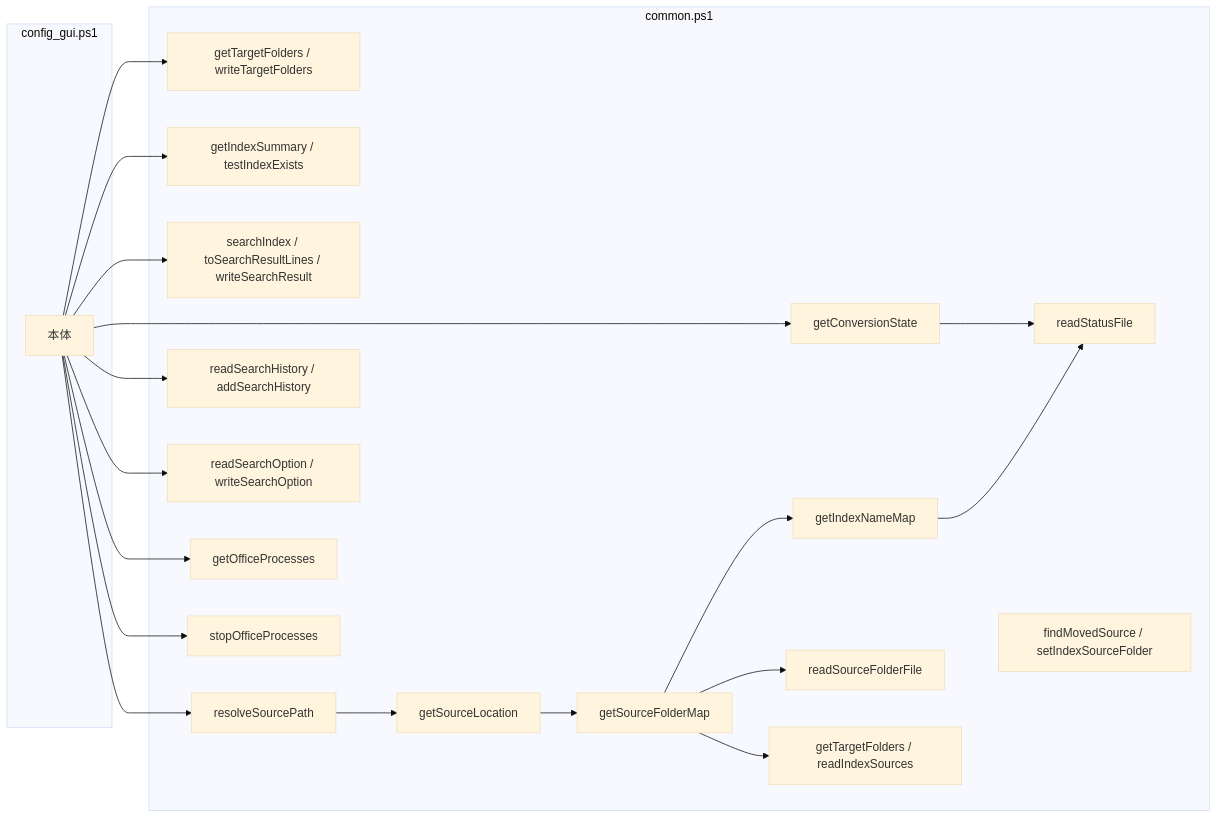
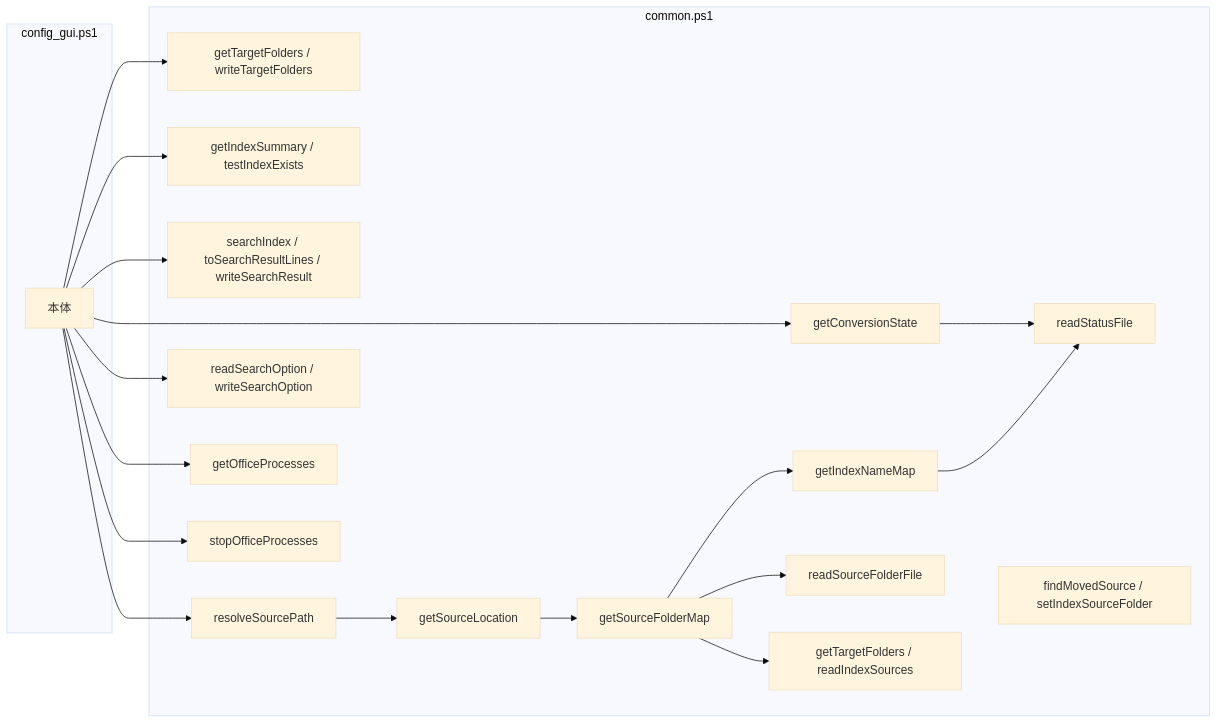
Before and after one commit to hsgwa/tebunko: the second of 2 diagrams in docs/00_共通_2_共通モジュール.md, drawn with Mermaid (base theme). The commit also changed other lines of this file and 27 other files, not shown here.

````diff
--- a/docs/00_共通_2_共通モジュール.md
+++ b/docs/00_共通_2_共通モジュール.md
@@ -131,22 +138,21 @@
 ```mermaid
 flowchart LR
     subgraph GUI["config_gui.ps1"]
         G["本体"]
     end
     subgraph CMS["common.ps1"]
         TF["getTargetFolders / writeTargetFolders"]
         CS["getConversionState"] --> RSF["readStatusFile"]
         SUM["getIndexSummary / testIndexExists"]
         SI["searchIndex / toSearchResultLines / writeSearchResult"]
         RSP["resolveSourcePath"] --> SL["getSourceLocation"] --> SFM["getSourceFolderMap"] --> INM["getIndexNameMap"] --> RSF
         SFM --> RSFF["readSourceFolderFile"]
         SFM --> TGT["getTargetFolders / readIndexSources"]
         RPL["findMovedSource / setIndexSourceFolder"]
-        HIS["readSearchHistory / addSearchHistory"]
         OPT["readSearchOption / writeSearchOption"]
         GOP["getOfficeProcesses"]
         SOP["stopOfficeProcesses"]
     end
 
-    G --> TF & CS & SUM & SI & RSP & HIS & OPT & GOP & SOP
+    G --> TF & CS & SUM & SI & RSP & OPT & GOP & SOP
 ```
````
